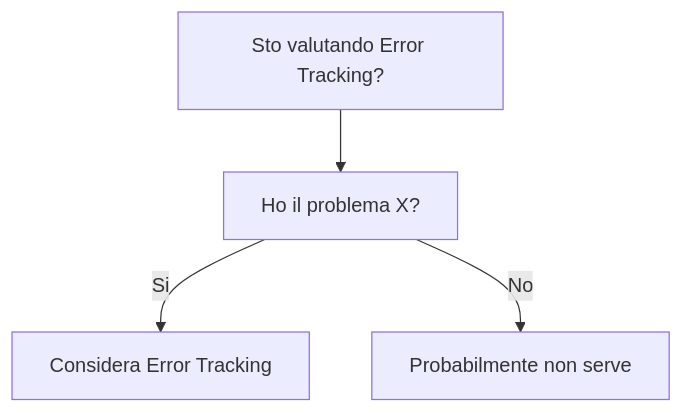
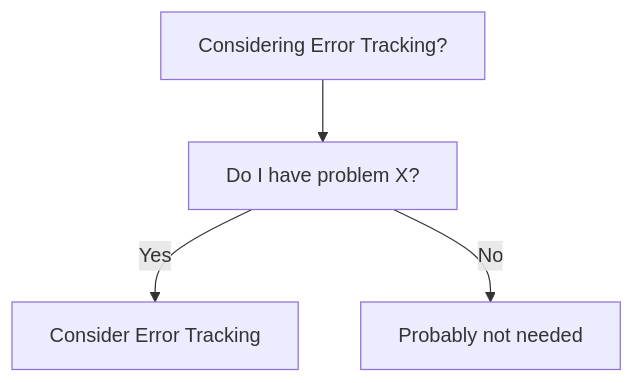
One commit to HxT9/Software-Dev-Wiki changed the diagram in dev-wiki/12_Observability/Error_Tracking/When_To_Use.md. Above: the diagram before and after it, drawn with Mermaid. The commit also changed other lines of this file and 3444 other files, not shown here.

````diff
--- a/dev-wiki/12_Observability/Error_Tracking/When_To_Use.md
+++ b/dev-wiki/12_Observability/Error_Tracking/When_To_Use.md
@@ -19,6 +19,6 @@
 ```mermaid
 flowchart TD
-  Q[Sto valutando Error Tracking?] --> Q1[Ho il problema X?]
-  Q1 -->|Si| OK[Considera Error Tracking]
-  Q1 -->|No| NO[Probabilmente non serve]
+  Q[Considering Error Tracking?] --> Q1[Do I have problem X?]
+  Q1 -->|Yes| OK[Consider Error Tracking]
+  Q1 -->|No| NO[Probably not needed]
 ```
````
